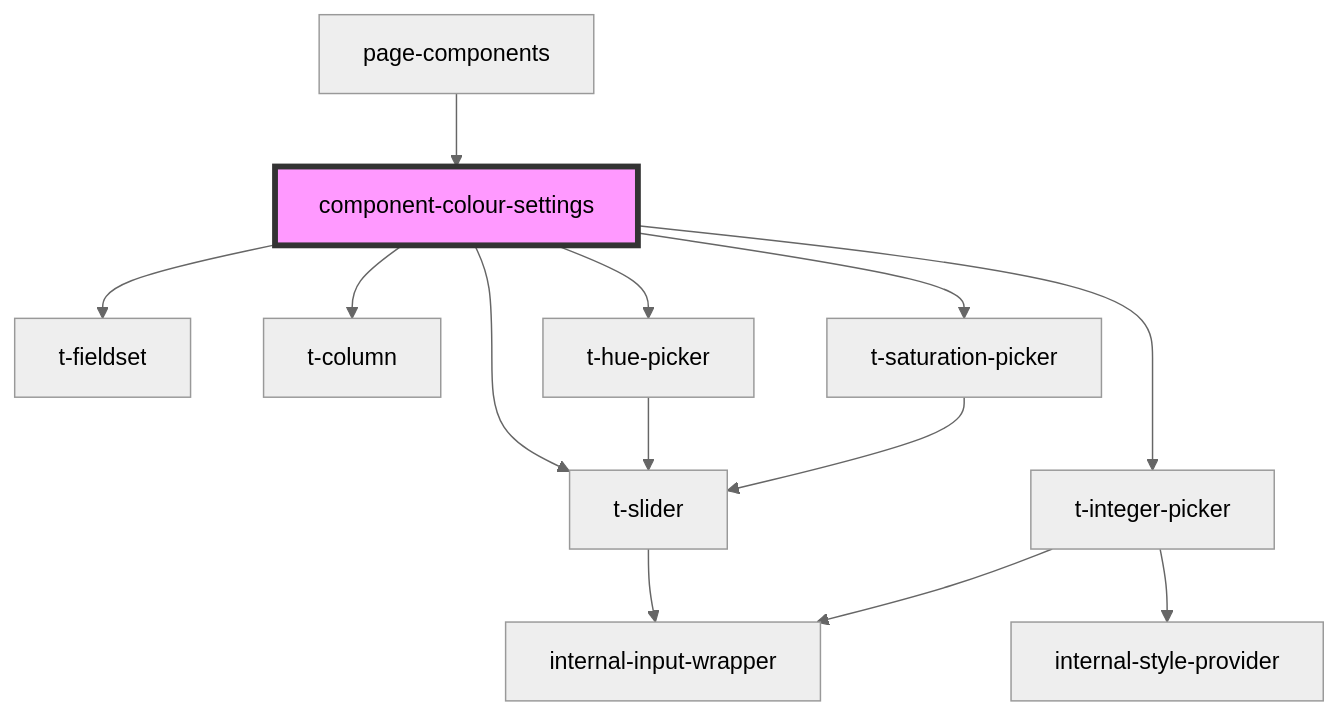
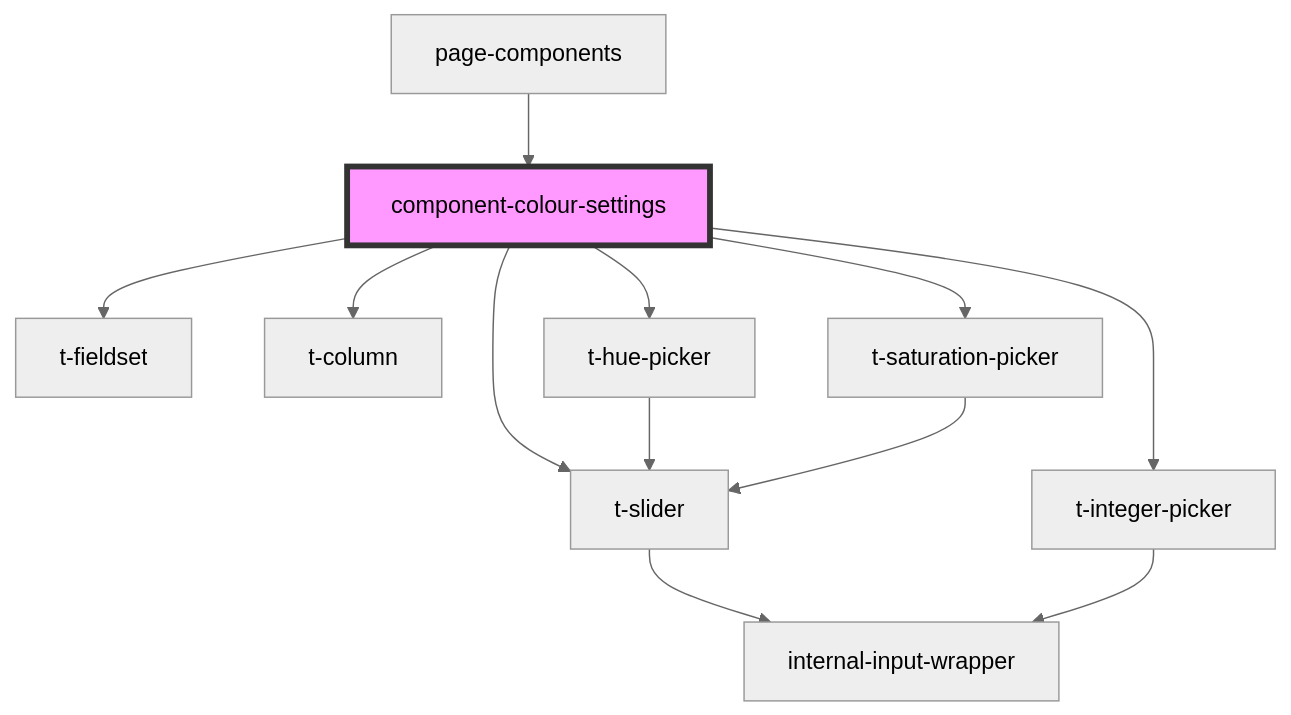
One commit to TomasEng/web-components changed the diagram in packages/t-web-components/src/preview-app/component-colour-settings/readme.md. Above: the diagram before and after it, drawn with Mermaid (neutral theme). The commit also changed 63 other files, not shown here.

````diff
--- a/packages/t-web-components/src/preview-app/component-colour-settings/readme.md
+++ b/packages/t-web-components/src/preview-app/component-colour-settings/readme.md
@@ -38,16 +38,15 @@
 ```mermaid
 graph TD;
   component-colour-settings --> t-fieldset
   component-colour-settings --> t-column
   component-colour-settings --> t-hue-picker
   component-colour-settings --> t-saturation-picker
   component-colour-settings --> t-integer-picker
   component-colour-settings --> t-slider
   t-hue-picker --> t-slider
   t-slider --> internal-input-wrapper
   t-saturation-picker --> t-slider
-  t-integer-picker --> internal-style-provider
   t-integer-picker --> internal-input-wrapper
   page-components --> component-colour-settings
   style component-colour-settings fill:#f9f,stroke:#333,stroke-width:4px
 ```
````
